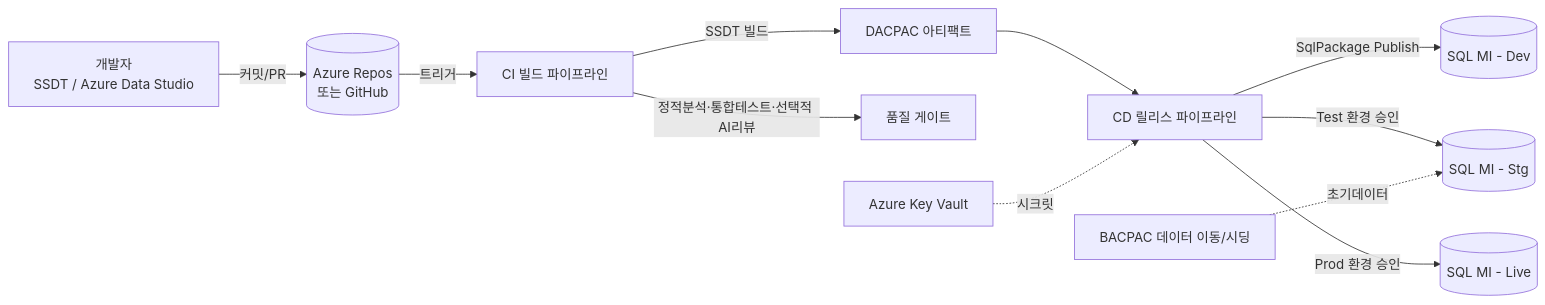
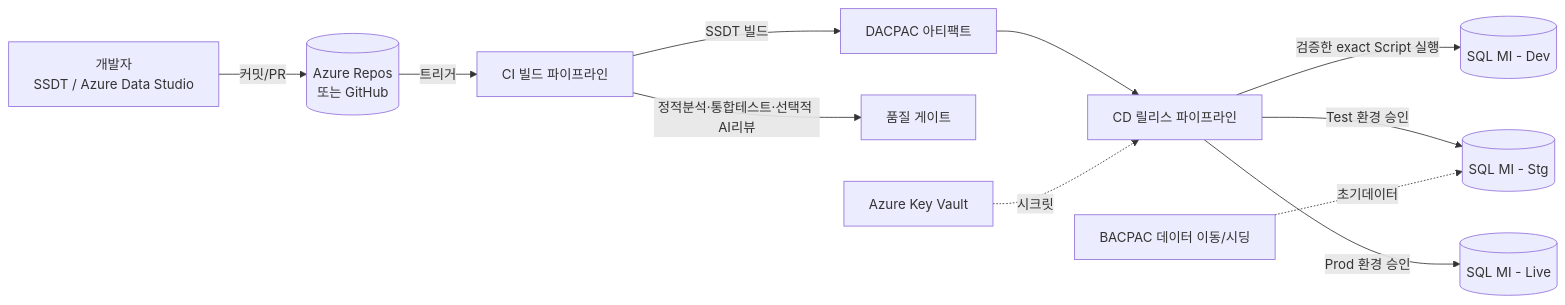
One commit to DalBamS/AzureDevOps-SQLMI-CICD-AI changed the first of 3 diagrams in docs/프로젝트-계획-초안.md. Above: the diagram before and after it, drawn with Mermaid. The commit also changed other lines of this file and 9 other files, not shown here.

First line of the commit message:
Fix exact deployment script execution

````diff
--- a/docs/프로젝트-계획-초안.md
+++ b/docs/프로젝트-계획-초안.md
@@ -45,13 +45,13 @@
 ```mermaid
 flowchart LR
     Dev[개발자<br/>SSDT / Azure Data Studio] -->|커밋/PR| Repo[(Azure Repos<br/>또는 GitHub)]
     Repo -->|트리거| CI[CI 빌드 파이프라인]
     CI -->|SSDT 빌드| DACPAC[DACPAC 아티팩트]
     CI -->|정적분석·통합테스트·선택적 AI리뷰| Quality[품질 게이트]
     DACPAC --> CD[CD 릴리스 파이프라인]
-    CD -->|SqlPackage Publish| DevDB[(SQL MI - Dev)]
+    CD -->|검증한 exact Script 실행| DevDB[(SQL MI - Dev)]
     CD -->|Test 환경 승인| StgDB[(SQL MI - Stg)]
     CD -->|Prod 환경 승인| LiveDB[(SQL MI - Live)]
     BACPAC[BACPAC 데이터 이동/시딩] -.초기데이터.-> StgDB
     KV[Azure Key Vault] -.시크릿.-> CD
 ```
````
